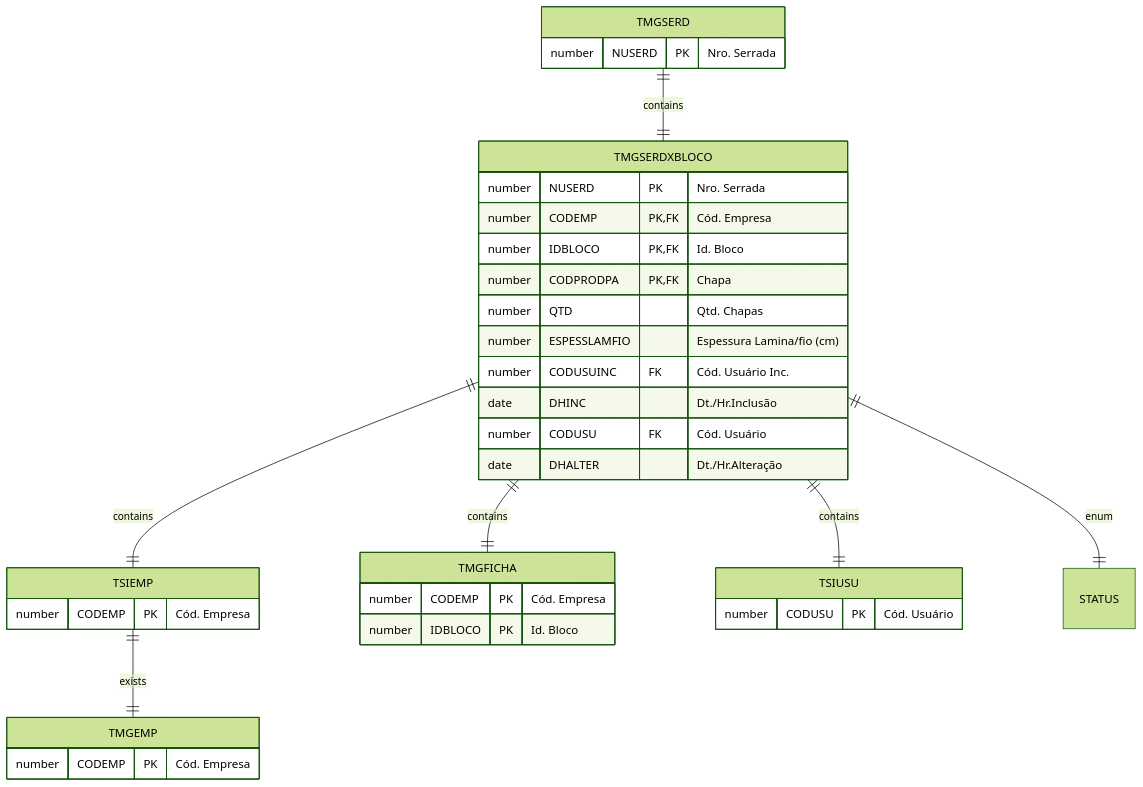
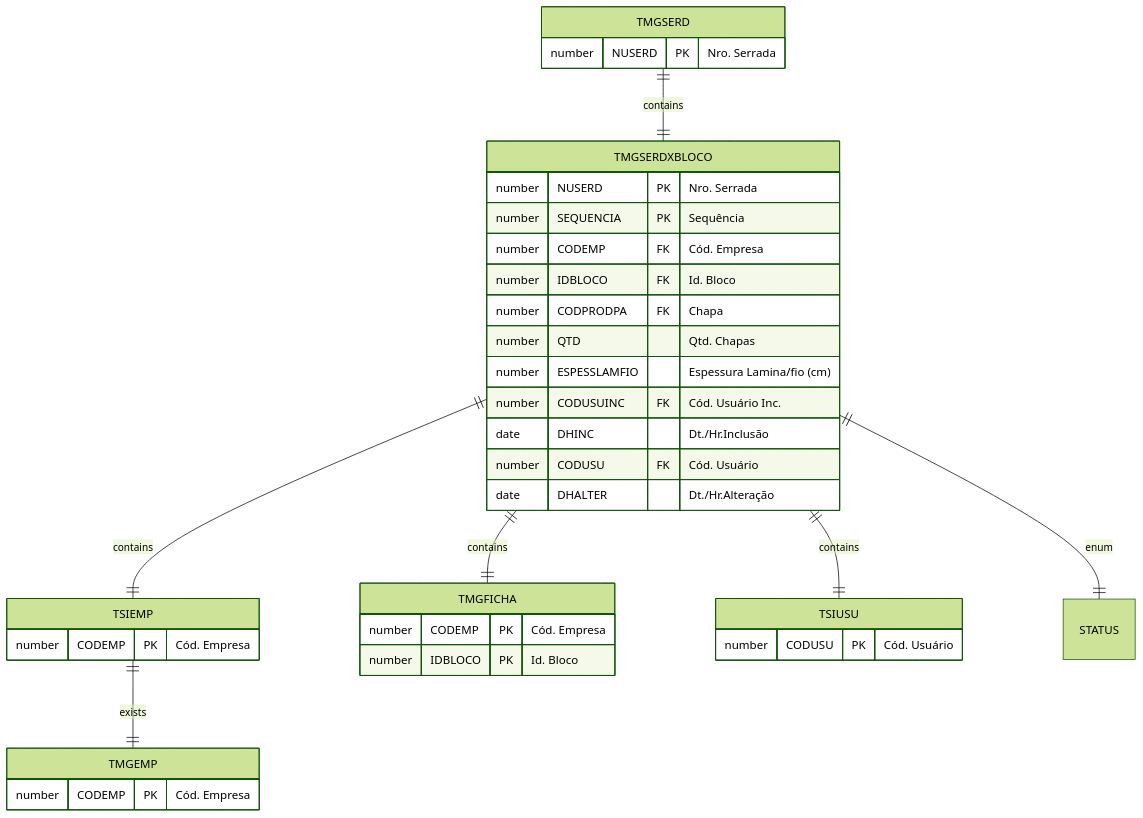
One commit to cbmsoft/margrandocs changed the diagram in docs/_database/TMGSERDXBLOCO.md. Above: the diagram before and after it, drawn with Mermaid (forest theme).

Commit message:
docs: blocos da serrada

````diff
--- a/docs/_database/TMGSERDXBLOCO.md
+++ b/docs/_database/TMGSERDXBLOCO.md
@@ -36,39 +36,40 @@
 ```mermaid
 erDiagram
     TMGSERD ||--|| TMGSERDXBLOCO : contains
     TMGSERDXBLOCO ||--|| TSIEMP : contains
     TMGSERDXBLOCO ||--|| TMGFICHA : contains
     TMGSERDXBLOCO ||--|| TSIUSU : contains
     TMGSERDXBLOCO ||--|| STATUS : enum
     
     TSIEMP ||--|| TMGEMP : exists
 
     TMGSERD {
         number NUSERD PK "Nro. Serrada"
     }
     TMGSERDXBLOCO {
         number NUSERD PK "Nro. Serrada"
-        number CODEMP PK,FK "Cód. Empresa"
-        number IDBLOCO PK,FK "Id. Bloco"
-        number CODPRODPA PK,FK "Chapa"
+        number SEQUENCIA PK "Sequência"
+        number CODEMP FK "Cód. Empresa"
+        number IDBLOCO FK "Id. Bloco"
+        number CODPRODPA FK "Chapa"
         number QTD "Qtd. Chapas"
         number ESPESSLAMFIO "Espessura Lamina/fio (cm)"
         number CODUSUINC FK "Cód. Usuário Inc."
         date DHINC "Dt./Hr.Inclusão"
         number CODUSU FK "Cód. Usuário"
         date DHALTER "Dt./Hr.Alteração"
     }
     TMGFICHA {
         number CODEMP PK "Cód. Empresa"
         number IDBLOCO PK "Id. Bloco"
     }
     TSIUSU {
         number CODUSU PK "Cód. Usuário"
     }
     TSIEMP {
         number CODEMP PK "Cód. Empresa"
     }
     TMGEMP {
         number CODEMP PK "Cód. Empresa"
     }
 ```
````
